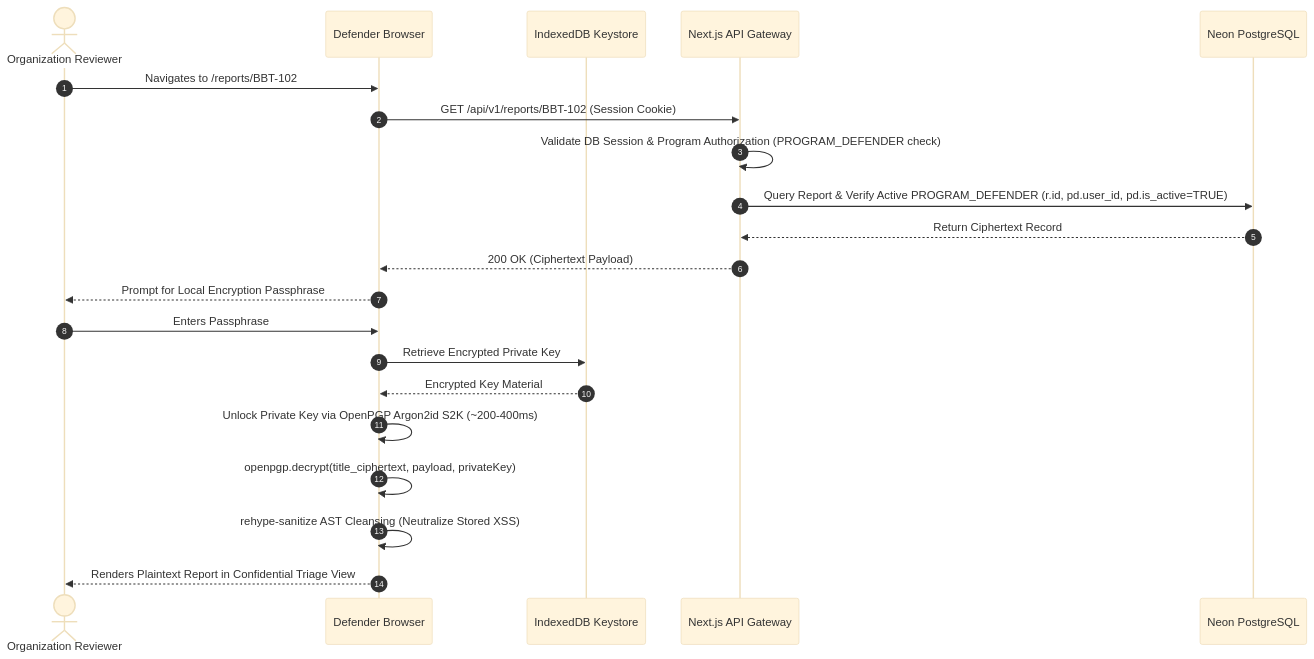
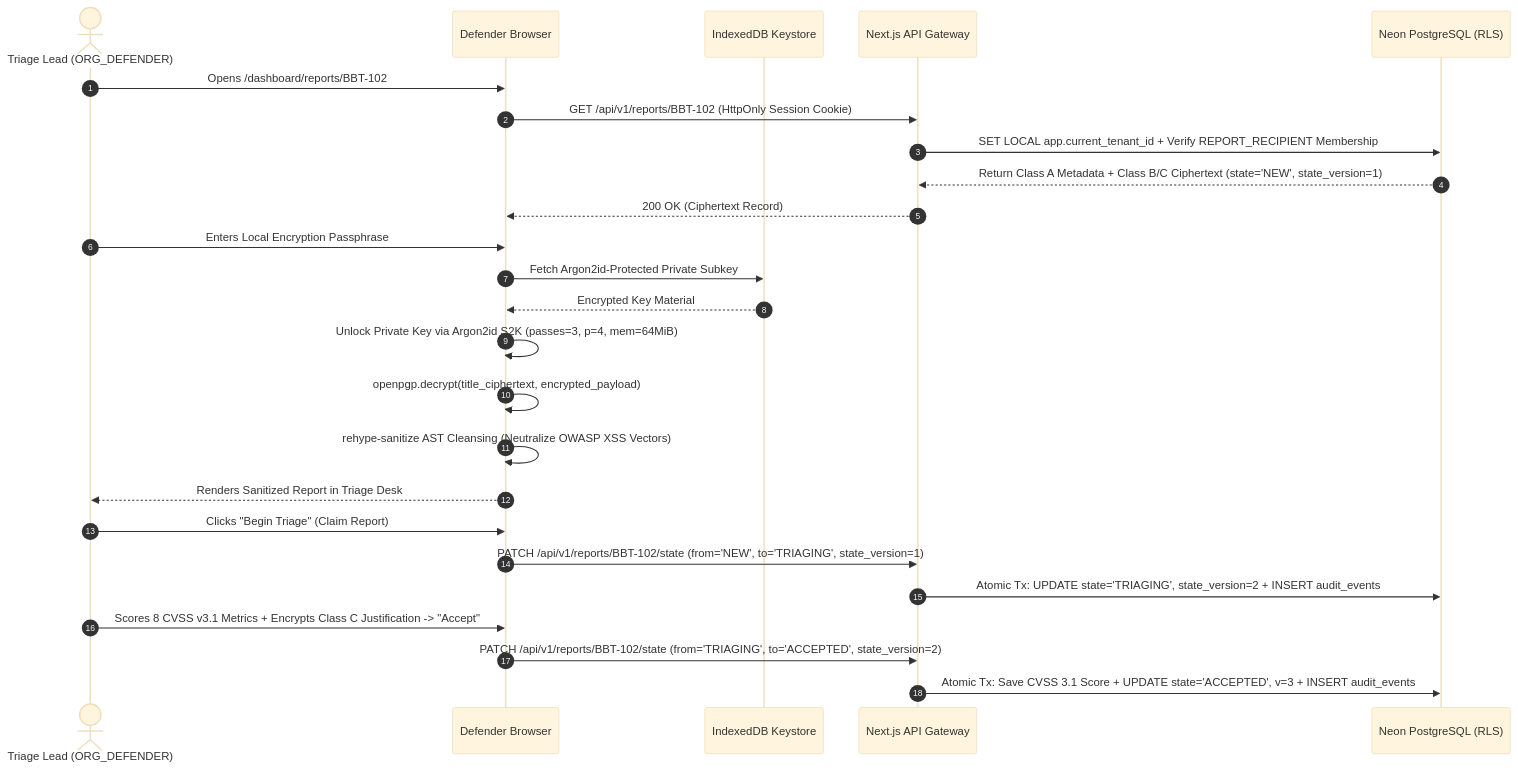
The third of 4 diagrams in requirements/SRS.md (Taha-Asad/BugBountyTracker), drawn with Mermaid (base theme) before and after one commit. The commit also changed other lines of this file and 12 other files, not shown here.

Commit message:
fix(week-02): resolve 14-point architectural & cryptographic review in SRS (Rev 2.2) and SRS.docx

````diff
--- a/requirements/SRS.md
+++ b/requirements/SRS.md
@@ -425,24 +497,28 @@
 ```mermaid
 sequenceDiagram
     autonumber
-    actor Defender as Organization Reviewer
+    actor Defender as Triage Lead (ORG_DEFENDER)
     participant Browser as Defender Browser
     participant KeyStore as IndexedDB Keystore
     participant Server as Next.js API Gateway
-    participant DB as Neon PostgreSQL
+    participant DB as Neon PostgreSQL (RLS)
 
-    Defender->>Browser: Navigates to /reports/BBT-102
-    Browser->>Server: GET /api/v1/reports/BBT-102 (Session Cookie)
-    Server->>Server: Validate DB Session & Program Authorization (PROGRAM_DEFENDER check)
-    Server->>DB: Query Report & Verify Active PROGRAM_DEFENDER (r.id, pd.user_id, pd.is_active=TRUE)
-    DB-->>Server: Return Ciphertext Record
-    Server-->>Browser: 200 OK (Ciphertext Payload)
-    Browser-->>Defender: Prompt for Local Encryption Passphrase
-    Defender->>Browser: Enters Passphrase
-    Browser->>KeyStore: Retrieve Encrypted Private Key
+    Defender->>Browser: Opens /dashboard/reports/BBT-102
+    Browser->>Server: GET /api/v1/reports/BBT-102 (HttpOnly Session Cookie)
+    Server->>DB: SET LOCAL app.current_tenant_id + Verify REPORT_RECIPIENT Membership
+    DB-->>Server: Return Class A Metadata + Class B/C Ciphertext (state='NEW', state_version=1)
+    Server-->>Browser: 200 OK (Ciphertext Record)
+    Defender->>Browser: Enters Local Encryption Passphrase
+    Browser->>KeyStore: Fetch Argon2id-Protected Private Subkey
     KeyStore-->>Browser: Encrypted Key Material
-    Browser->>Browser: Unlock Private Key via OpenPGP Argon2id S2K (~200-400ms)
-    Browser->>Browser: openpgp.decrypt(title_ciphertext, payload, privateKey)
-    Browser->>Browser: rehype-sanitize AST Cleansing (Neutralize Stored XSS)
-    Browser-->>Defender: Renders Plaintext Report in Confidential Triage View
+    Browser->>Browser: Unlock Private Key via Argon2id S2K (passes=3, p=4, mem=64MiB)
+    Browser->>Browser: openpgp.decrypt(title_ciphertext, encrypted_payload)
+    Browser->>Browser: rehype-sanitize AST Cleansing (Neutralize OWASP XSS Vectors)
+    Browser-->>Defender: Renders Sanitized Report in Triage Desk
+    Defender->>Browser: Clicks "Begin Triage" (Claim Report)
+    Browser->>Server: PATCH /api/v1/reports/BBT-102/state (from='NEW', to='TRIAGING', state_version=1)
+    Server->>DB: Atomic Tx: UPDATE state='TRIAGING', state_version=2 + INSERT audit_events
+    Defender->>Browser: Scores 8 CVSS v3.1 Metrics + Encrypts Class C Justification -> "Accept"
+    Browser->>Server: PATCH /api/v1/reports/BBT-102/state (from='TRIAGING', to='ACCEPTED', state_version=2)
+    Server->>DB: Atomic Tx: Save CVSS 3.1 Score + UPDATE state='ACCEPTED', v=3 + INSERT audit_events
 ```
````
